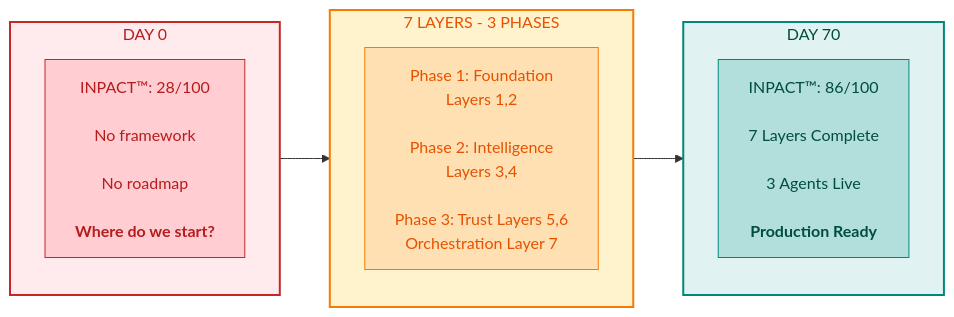
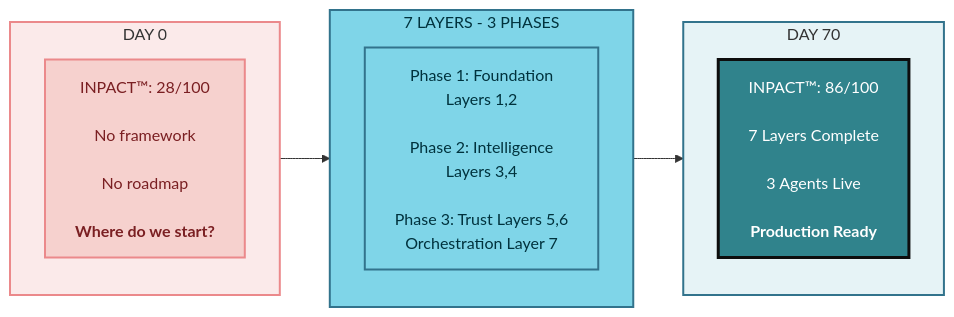
Before and after one commit to saitejesh-cyber/trust-before-intelligence-book: the first of 4 diagrams in manuscript/04_chapter_3_from_bi_to_agent.md, drawn with Mermaid. The commit also changed other lines of this file, not shown here.

Commit message:
Update mermaid diagrams as per new coloberry color and contrast ratio for chapter 4

````diff
--- a/manuscript/04_chapter_3_from_bi_to_agent.md
+++ b/manuscript/04_chapter_3_from_bi_to_agent.md
@@ -6,28 +6,28 @@
 ```mermaid
 
 graph LR
     subgraph BEFORE["DAY 0"]
         direction TB
         B1["INPACT™: 28/100<br/><br/>No framework<br/><br/>No roadmap<br/><br/><b>Where do we start?</b>"]
     end
     
     subgraph PHASES["7 LAYERS - 3 PHASES"]
         direction TB
         P1["Phase 1: Foundation<br/>Layers 1,2<br/><br/>Phase 2: Intelligence<br/>Layers 3,4<br/><br/>Phase 3: Trust Layers 5,6<br/> Orchestration Layer 7"]
     end
     
     subgraph AFTER["DAY 70"]
         direction TB
         A1["INPACT™: 86/100<br/><br/>7 Layers Complete<br/><br/>3 Agents Live<br/><br/><b>Production Ready</b>"]
     end
     
     BEFORE --> PHASES --> AFTER
-    
-    style BEFORE fill:#ffebee,stroke:#c62828,stroke-width:2px,color:#b71c1c
-    style PHASES fill:#fff3cd,stroke:#f57c00,stroke-width:2px,color:#e65100
-    style AFTER fill:#e0f2f1,stroke:#00897b,stroke-width:2px,color:#004d40
-    style B1 fill:#ffcdd2,stroke:#c62828,color:#b71c1c
-    style P1 fill:#ffe0b2,stroke:#f57c00,color:#e65100
-    style A1 fill:#b2dfdb,stroke:#00897b,color:#004d40
+
+    style BEFORE fill:#FBEAEA,stroke:#EB898B,stroke-width:2px
+    style B1 fill:#F6D1CE,stroke:#EB898B,stroke-width:2px,color:#7A1F22
+    style PHASES fill:#7FD5E8,stroke:#32738C,stroke-width:2px,color:#00323D
+    style P1 fill:#7FD5E8,stroke:#32738C,stroke-width:2px,color:#00323D
+    style AFTER fill:#E6F3F6,stroke:#32738C,stroke-width:2px
+    style A1 fill:#30838C,stroke:#0D0D0D,stroke-width:3px,color:#ffffff
 
 ```
````
